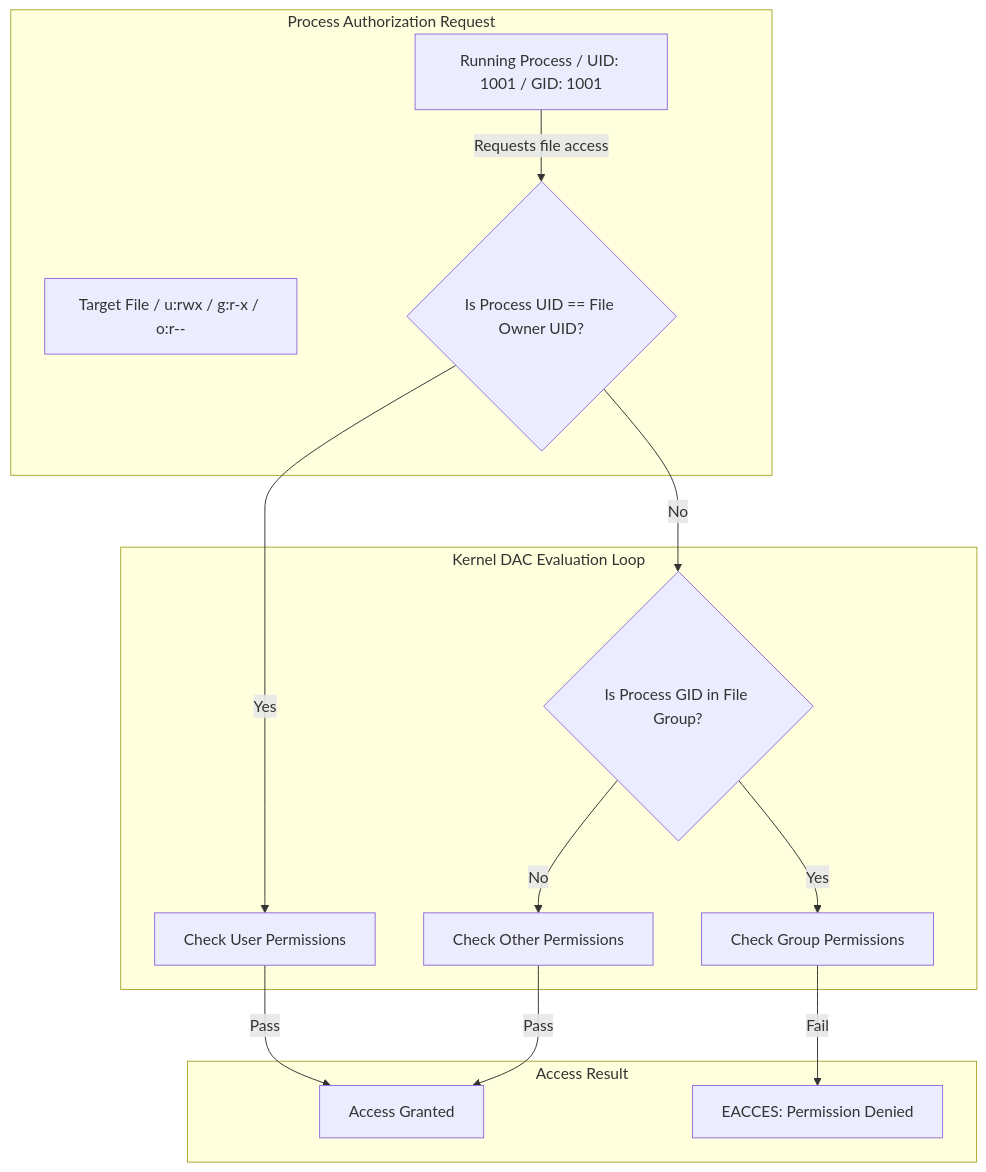
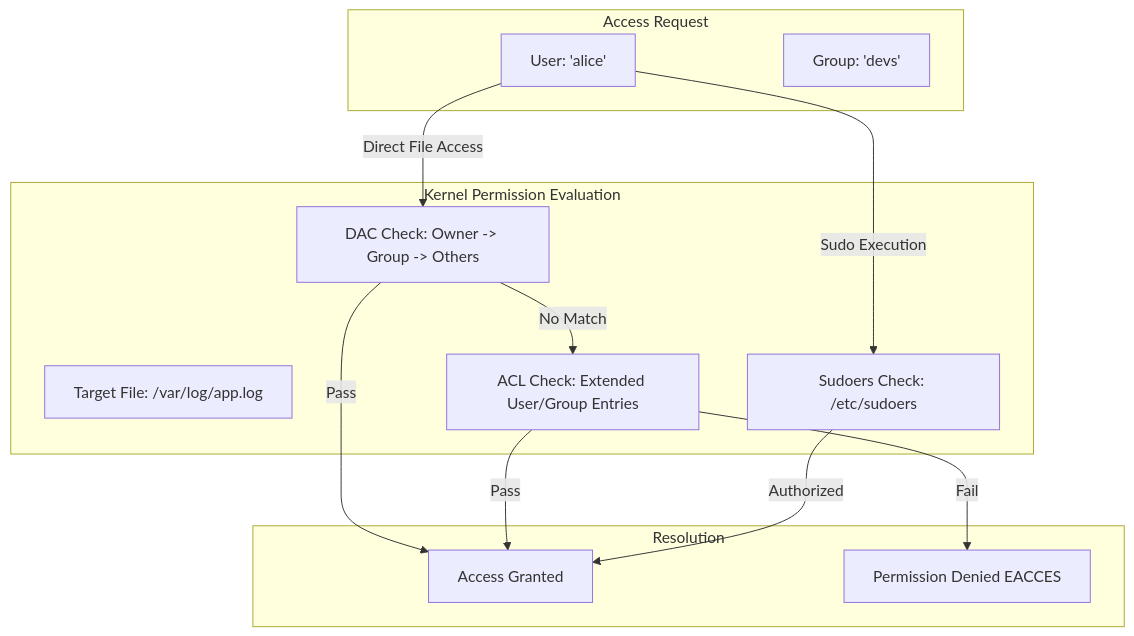
Before and after one commit to aloysiuspattath/platform-engineering-ai-course: the diagram in output/generated/module-01/lesson-02.md, drawn with Mermaid. The commit also changed other lines of this file and 16 other files, not shown here.

````diff
--- a/output/generated/module-01/lesson-02.md
+++ b/output/generated/module-01/lesson-02.md
@@ -72,23 +71,28 @@
 ```mermaid
 flowchart TD
-    subgraph Process Authorization Request
-        PROC[Running Process / UID: 1001 / GID: 1001]
-        FILE[Target File / u:rwx / g:r-x / o:r--]
-        PROC -->|Requests file access| EVAL
+    subgraph Access Request
+        USER[User: 'alice']
+        GROUP[Group: 'devs']
     end
 
-    subgraph Kernel DAC Evaluation Loop
-        EVAL{Is Process UID == File Owner UID?}
-        EVAL -->|Yes| EVAL_U[Check User Permissions]
-        EVAL -->|No| EVAL_G{Is Process GID in File Group?}
-        
-        EVAL_G -->|Yes| EVAL_GP[Check Group Permissions]
-        EVAL_G -->|No| EVAL_O[Check Other Permissions]
+    subgraph Kernel Permission Evaluation
+        FILE[Target File: /var/log/app.log]
+        DAC[DAC Check: Owner -> Group -> Others]
+        ACL[ACL Check: Extended User/Group Entries]
+        SUDO[Sudoers Check: /etc/sudoers]
+
+        USER -->|Direct File Access| DAC
+        DAC -->|No Match| ACL
+        USER -->|Sudo Execution| SUDO
     end
 
-    subgraph Access Result
-        EVAL_U -->|Pass| GRANT[Access Granted]
-        EVAL_GP -->|Fail| DENY[EACCES: Permission Denied]
-        EVAL_O -->|Pass| GRANT
+    subgraph Resolution
+        GRANT[Access Granted]
+        DENY[Permission Denied EACCES]
+        
+        DAC -->|Pass| GRANT
+        ACL -->|Pass| GRANT
+        ACL -->|Fail| DENY
+        SUDO -->|Authorized| GRANT
     end
 ```
````
